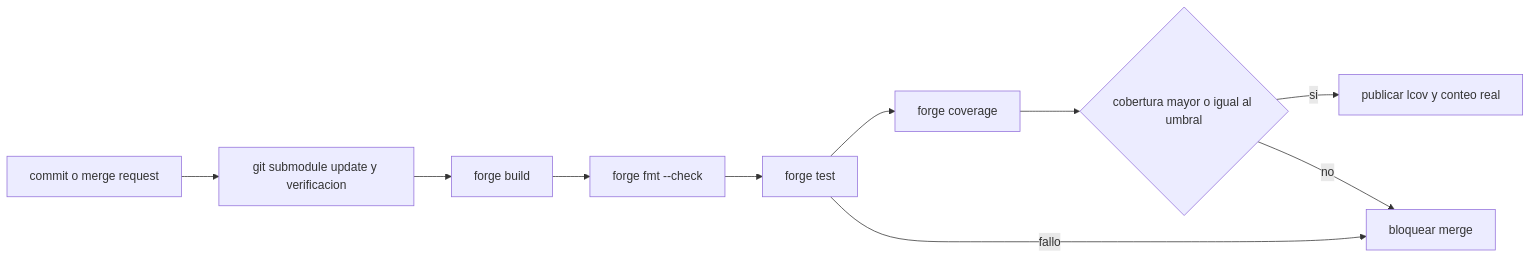
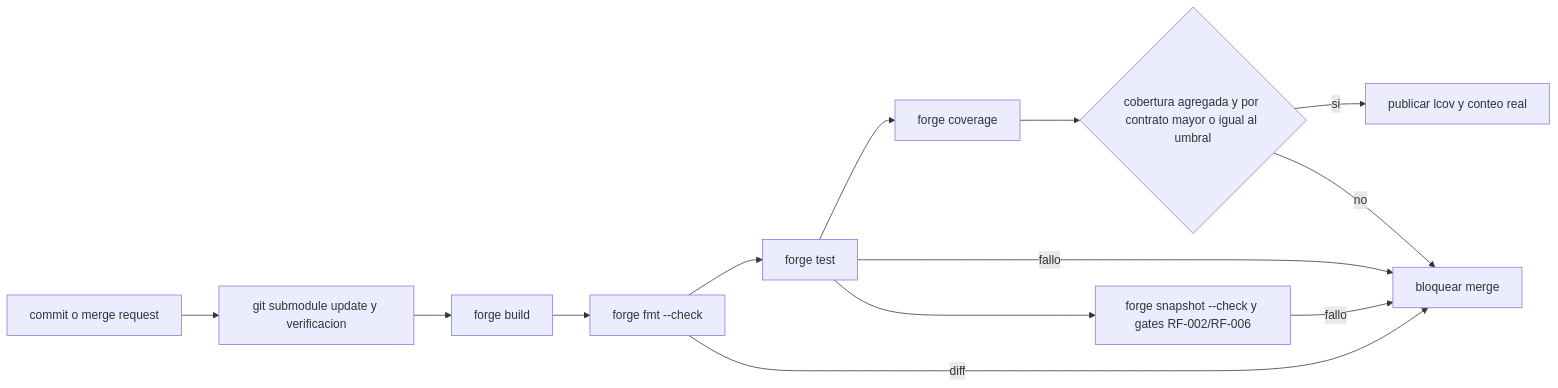
The fifth of 5 diagrams in RepoTecnico/documento_tecnico.md (anlucorporations/rwa-sc), drawn with Mermaid before and after one commit. The commit also changed other lines of this file and 10 other files, not shown here.

Commit message:
RF-009: pipeline CI GitLab con gates de test, cobertura, gas y documentacion

````diff
--- a/RepoTecnico/documento_tecnico.md
+++ b/RepoTecnico/documento_tecnico.md
@@ -634,12 +638,15 @@
 ```mermaid
 flowchart LR
     A["commit o merge request"] --> B["git submodule update y verificacion"]
     B --> C["forge build"]
     C --> D["forge fmt --check"]
     D --> E["forge test"]
     E --> F["forge coverage"]
-    F --> G{"cobertura mayor o igual al umbral"}
+    F --> G{"cobertura agregada y por contrato mayor o igual al umbral"}
     G -->|"si"| H["publicar lcov y conteo real"]
     G -->|"no"| I["bloquear merge"]
     E -->|"fallo"| I
+    D -->|"diff"| I
+    E --> J["forge snapshot --check y gates RF-002/RF-006"]
+    J -->|"fallo"| I
 ```
````
